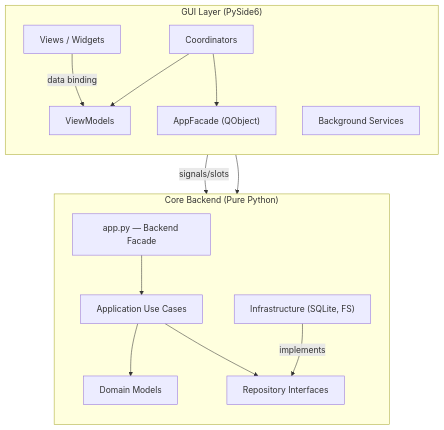
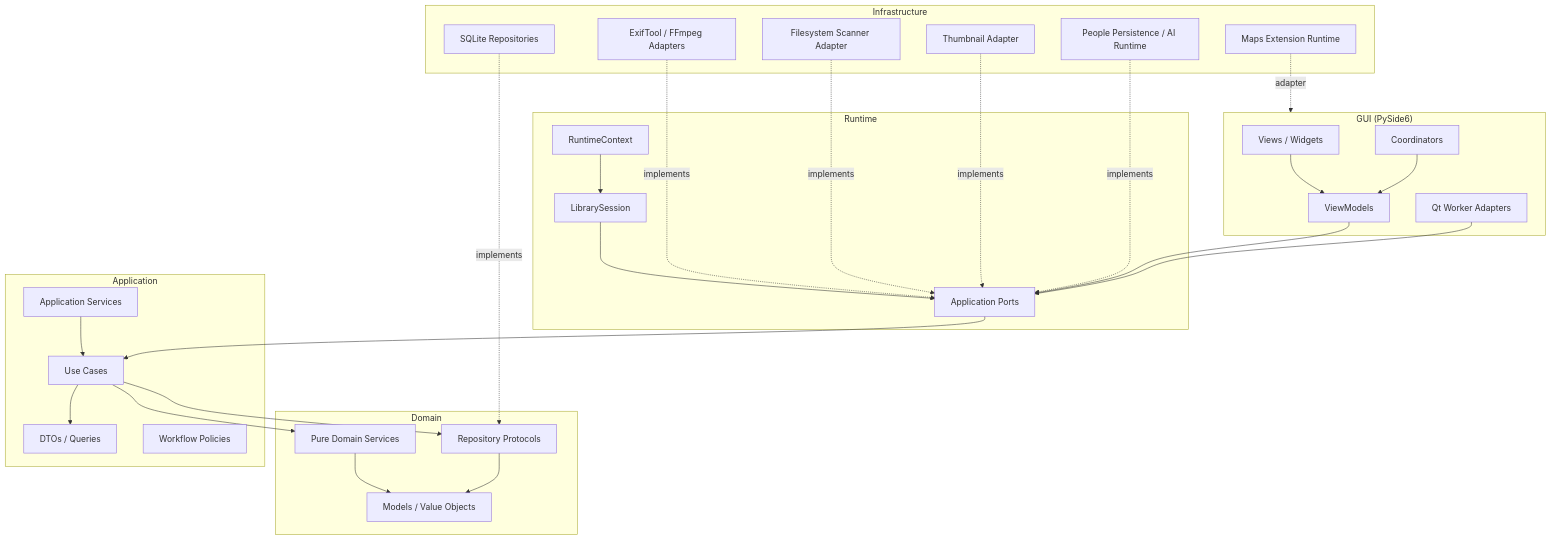
Before and after one commit to OliverZhaohaibin/iPhotron-LocalPhotoAlbumManager: the first of 6 diagrams in docs/architecture.md, drawn with Mermaid. The commit also changed other lines of this file, not shown here.

Commit message:
docs: refresh architecture vNext plan

````diff
--- a/docs/architecture.md
+++ b/docs/architecture.md
@@ -11,31 +59,60 @@
 ```mermaid
 graph TB
-    subgraph GUI["GUI Layer (PySide6)"]
-        direction TB
+    subgraph Runtime["Runtime"]
+        RuntimeContext["RuntimeContext"]
+        LibrarySession["LibrarySession"]
+        Ports["Application Ports"]
+    end
+
+    subgraph GUI["GUI (PySide6)"]
         Views["Views / Widgets"]
         ViewModels["ViewModels"]
         Coordinators["Coordinators"]
-        GuiFacade["AppFacade (QObject)"]
-        Services["Background Services"]
+        QtWorkers["Qt Worker Adapters"]
     end
 
-    subgraph Backend["Core Backend (Pure Python)"]
-        direction TB
-        AppFacade["app.py — Backend Facade"]
-        UseCases["Application Use Cases"]
-        DomainModels["Domain Models"]
-        Repos["Repository Interfaces"]
-        Infra["Infrastructure (SQLite, FS)"]
+    subgraph Application["Application"]
+        UseCases["Use Cases"]
+        AppServices["Application Services"]
+        DTOs["DTOs / Queries"]
+        Policies["Workflow Policies"]
     end
 
-    Views -->|data binding| ViewModels
+    subgraph Domain["Domain"]
+        Models["Models / Value Objects"]
+        RepoPorts["Repository Protocols"]
+        DomainServices["Pure Domain Services"]
+    end
+
+    subgraph Infrastructure["Infrastructure"]
+        SQLite["SQLite Repositories"]
+        Metadata["ExifTool / FFmpeg Adapters"]
+        Scanner["Filesystem Scanner Adapter"]
+        Thumbs["Thumbnail Adapter"]
+        PeopleInfra["People Persistence / AI Runtime"]
+        MapRuntime["Maps Extension Runtime"]
+    end
+
+    RuntimeContext --> LibrarySession
+    LibrarySession --> Ports
+
+    Views --> ViewModels
     Coordinators --> ViewModels
-    Coordinators --> GuiFacade
-    GuiFacade -->|signals/slots| AppFacade
-    Services --> AppFacade
+    ViewModels --> Ports
+    QtWorkers --> Ports
 
-    UseCases --> DomainModels
-    UseCases --> Repos
-    Infra -->|implements| Repos
-    AppFacade --> UseCases
+    Ports --> UseCases
+    AppServices --> UseCases
+    UseCases --> RepoPorts
+    UseCases --> DomainServices
+    UseCases --> DTOs
+    DomainServices --> Models
+    RepoPorts --> Models
+
+    SQLite -.implements.-> RepoPorts
+    Metadata -.implements.-> Ports
+    Scanner -.implements.-> Ports
+    Thumbs -.implements.-> Ports
+    PeopleInfra -.implements.-> Ports
+    MapRuntime -.adapter.-> GUI
 ```
````
